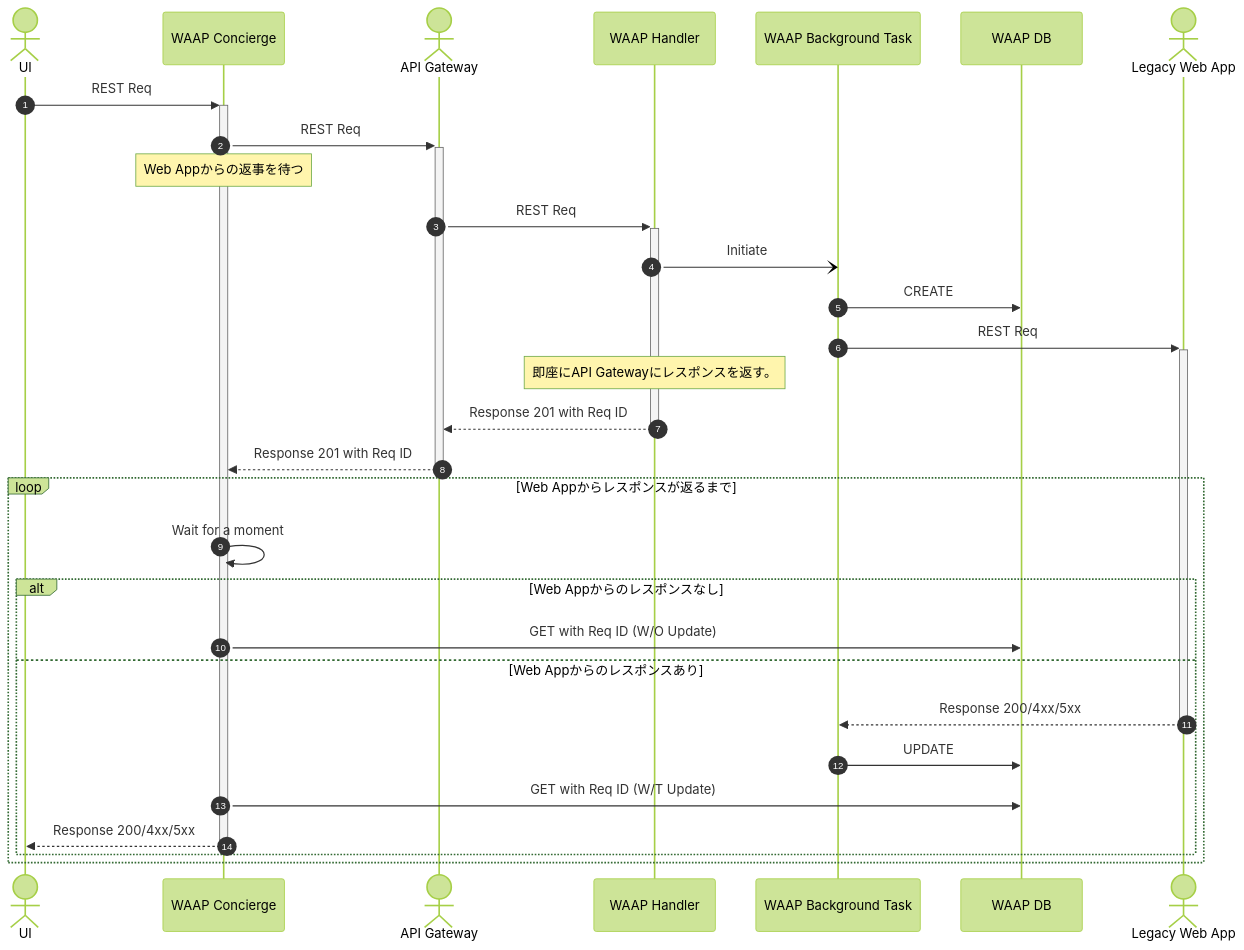
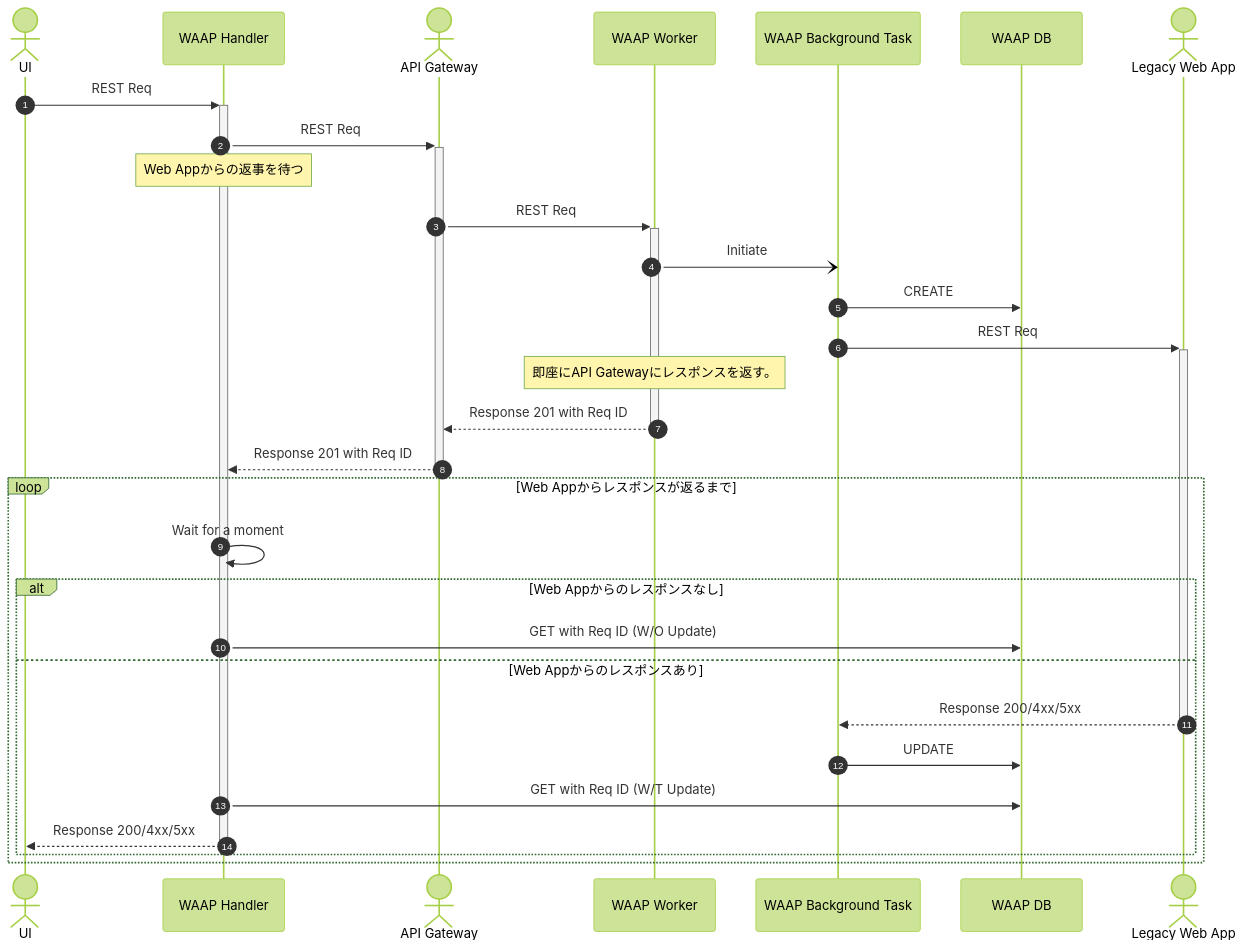
Before and after one commit to Universal-Micro-Networks/waap: the diagram in README.md, drawn with Mermaid (forest theme). The commit also changed other lines of this file and 4 other files, not shown here.

````diff
--- a/README.md
+++ b/README.md
@@ -31,33 +31,33 @@
 ```mermaid
 sequenceDiagram
     autonumber
     actor UI as UI
-    participant WAAPC as WAAP Concierge
+    participant WAAPC as WAAP Handler
     actor AG as API Gateway
-    participant WAAPH as WAAP Handler
+    participant WAAPH as WAAP Worker
     participant WAAPB as WAAP Background Task
     participant WAAPD as WAAP DB
     actor WA as Legacy Web App
     UI ->>+ WAAPC : REST Req
     WAAPC ->>+ AG : REST Req
     Note over WAAPC: Web Appからの返事を待つ
     AG ->>+ WAAPH : REST Req
     WAAPH -) WAAPB : Initiate
     WAAPB ->> WAAPD : CREATE
     WAAPB ->>+ WA : REST Req
     Note over WAAPH: 即座にAPI Gatewayにレスポンスを返す。
     WAAPH -->>- AG : Response 201 with Req ID
     AG -->>- WAAPC : Response 201 with Req ID
     loop Web Appからレスポンスが返るまで
         WAAPC->>WAAPC: Wait for a moment
         alt Web Appからのレスポンスなし
             WAAPC ->> WAAPD : GET with Req ID (W/O Update)
         else Web Appからのレスポンスあり
             WA -->>- WAAPB: Response 200/4xx/5xx
             WAAPB ->> WAAPD: UPDATE
 
             WAAPC ->> WAAPD : GET with Req ID (W/T Update)
             WAAPC -->>- UI : Response 200/4xx/5xx
         end
     end
 ```
````
